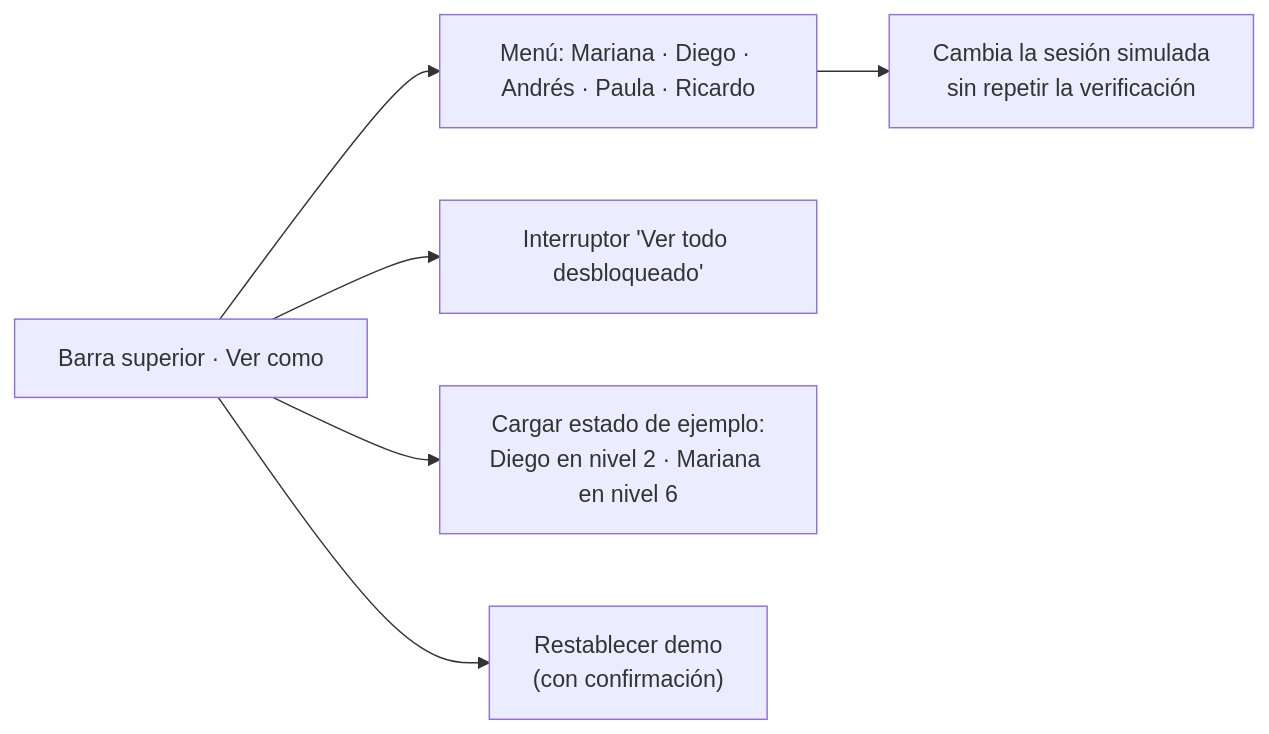
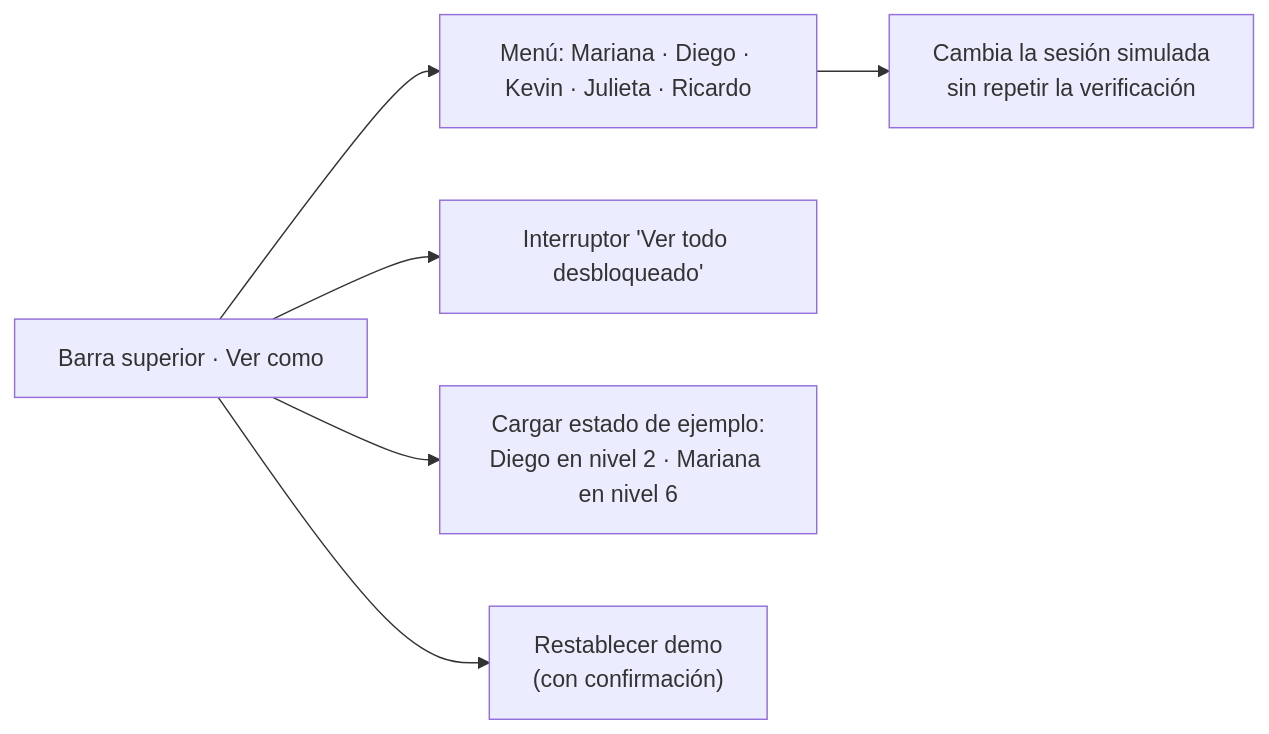
Before and after one commit to lpedaci/alcancia-app: the fourth of 22 diagrams in docs/flows.md, drawn with Mermaid. The commit also changed other lines of this file and 95 other files, not shown here.

Commit message:
Rename demo people: Paula Gómez is now Julieta Martorelli and Silvia Herrera, Bettyna Gonçalves; store v3 migration, README image; review rows and activity JSON buttons keep their visible text in the accessible name (D-280)

````diff
--- a/docs/flows.md
+++ b/docs/flows.md
@@ -71,8 +71,8 @@
 ```mermaid
 flowchart LR
-  B["Barra superior · Ver como"] --> M["Menú: Mariana · Diego · Andrés · Paula · Ricardo"]
+  B["Barra superior · Ver como"] --> M["Menú: Mariana · Diego · Kevin · Julieta · Ricardo"]
   M --> S["Cambia la sesión simulada<br/>sin repetir la verificación"]
   B --> U["Interruptor 'Ver todo desbloqueado'"]
   B --> E["Cargar estado de ejemplo:<br/>Diego en nivel 2 · Mariana en nivel 6"]
   B --> R["Restablecer demo<br/>(con confirmación)"]
 ```
````
